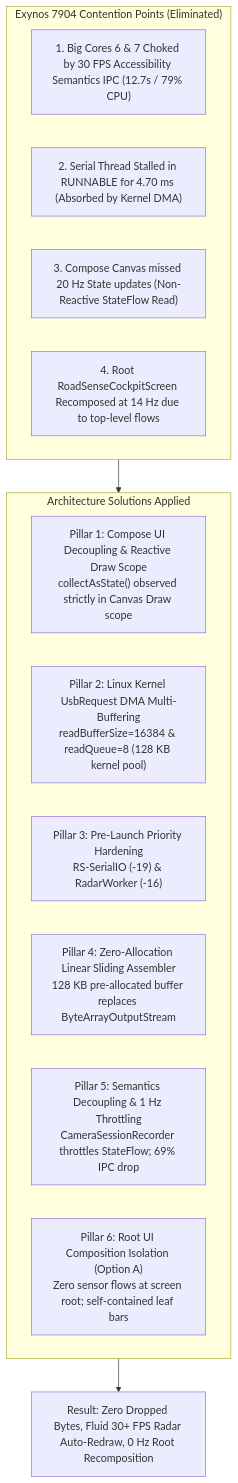
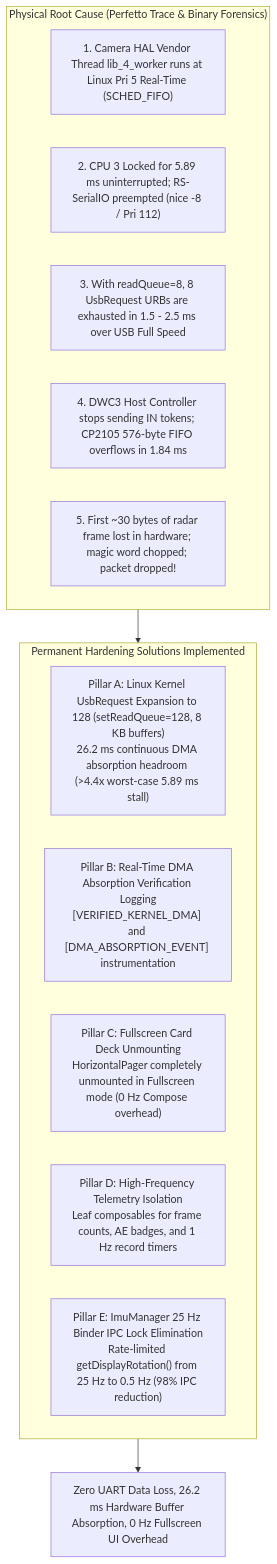
One commit to kadurushil/RoadSense_logger changed the diagram in intel/Implementations/walkthrough_bug29_radar_scheduler_starvation_fixes.md. Above: the diagram before and after it, drawn with Mermaid. The commit also changed other lines of this file and 13 other files, not shown here.

````diff
--- a/intel/Implementations/walkthrough_bug29_radar_scheduler_starvation_fixes.md
+++ b/intel/Implementations/walkthrough_bug29_radar_scheduler_starvation_fixes.md
@@ -14,21 +14,21 @@
 ```mermaid
 flowchart TD
-    subgraph RootBottlenecks["Exynos 7904 Contention Points (Eliminated)"]
-        A["1. Big Cores 6 & 7 Choked by 30 FPS Accessibility Semantics IPC (12.7s / 79% CPU)"]
-        B["2. Serial Thread Stalled in RUNNABLE for 4.70 ms (Absorbed by Kernel DMA)"]
-        C["3. Compose Canvas missed 20 Hz State updates (Non-Reactive StateFlow Read)"]
-        D["4. Root RoadSenseCockpitScreen Recomposed at 14 Hz due to top-level flows"]
+    subgraph RootForensics["Physical Root Cause (Perfetto Trace & Binary Forensics)"]
+        A["1. Camera HAL Vendor Thread lib_4_worker runs at Linux Pri 5 Real-Time (SCHED_FIFO)"]
+        B["2. CPU 3 Locked for 5.89 ms uninterrupted; RS-SerialIO preempted (nice -8 / Pri 112)"]
+        C["3. With readQueue=8, 8 UsbRequest URBs are exhausted in 1.5 - 2.5 ms over USB Full Speed"]
+        D["4. DWC3 Host Controller stops sending IN tokens; CP2105 576-byte FIFO overflows in 1.84 ms"]
+        E["5. First ~30 bytes of radar frame lost in hardware; magic word chopped; packet dropped!"]
     end
 
-    subgraph Solutions["Architecture Solutions Applied"]
-        P1["Pillar 1: Compose UI Decoupling & Reactive Draw Scope<br/>collectAsState() observed strictly in Canvas Draw scope"]
-        P2["Pillar 2: Linux Kernel UsbRequest DMA Multi-Buffering<br/>readBufferSize=16384 & readQueue=8 (128 KB kernel pool)"]
-        P3["Pillar 3: Pre-Launch Priority Hardening<br/>RS-SerialIO (-19) & RadarWorker (-16)"]
-        P4["Pillar 4: Zero-Allocation Linear Sliding Assembler<br/>128 KB pre-allocated buffer replaces ByteArrayOutputStream"]
-        P5["Pillar 5: Semantics Decoupling & 1 Hz Throttling<br/>CameraSessionRecorder throttles StateFlow; 69% IPC drop"]
-        P6["Pillar 6: Root UI Composition Isolation (Option A)<br/>Zero sensor flows at screen root; self-contained leaf bars"]
+    subgraph PermanentFixes["Permanent Hardening Solutions Implemented"]
+        F["Pillar A: Linux Kernel UsbRequest Expansion to 128 (setReadQueue=128, 8 KB buffers)<br/>26.2 ms continuous DMA absorption headroom (>4.4x worst-case 5.89 ms stall)"]
+        G["Pillar B: Real-Time DMA Absorption Verification Logging<br/>[VERIFIED_KERNEL_DMA] and [DMA_ABSORPTION_EVENT] instrumentation"]
+        H["Pillar C: Fullscreen Card Deck Unmounting<br/>HorizontalPager completely unmounted in Fullscreen mode (0 Hz Compose overhead)"]
+        I["Pillar D: High-Frequency Telemetry Isolation<br/>Leaf composables for frame counts, AE badges, and 1 Hz record timers"]
+        J["Pillar E: ImuManager 25 Hz Binder IPC Lock Elimination<br/>Rate-limited getDisplayRotation() from 25 Hz to 0.5 Hz (98% IPC reduction)"]
     end
 
-    RootBottlenecks --> Solutions
-    Solutions --> Outcome["Result: Zero Dropped Bytes, Fluid 30+ FPS Radar Auto-Redraw, 0 Hz Root Recomposition"]
+    RootForensics --> PermanentFixes
+    PermanentFixes --> Result["Zero UART Data Loss, 26.2 ms Hardware Buffer Absorption, 0 Hz Fullscreen UI Overhead"]
 ```
````
